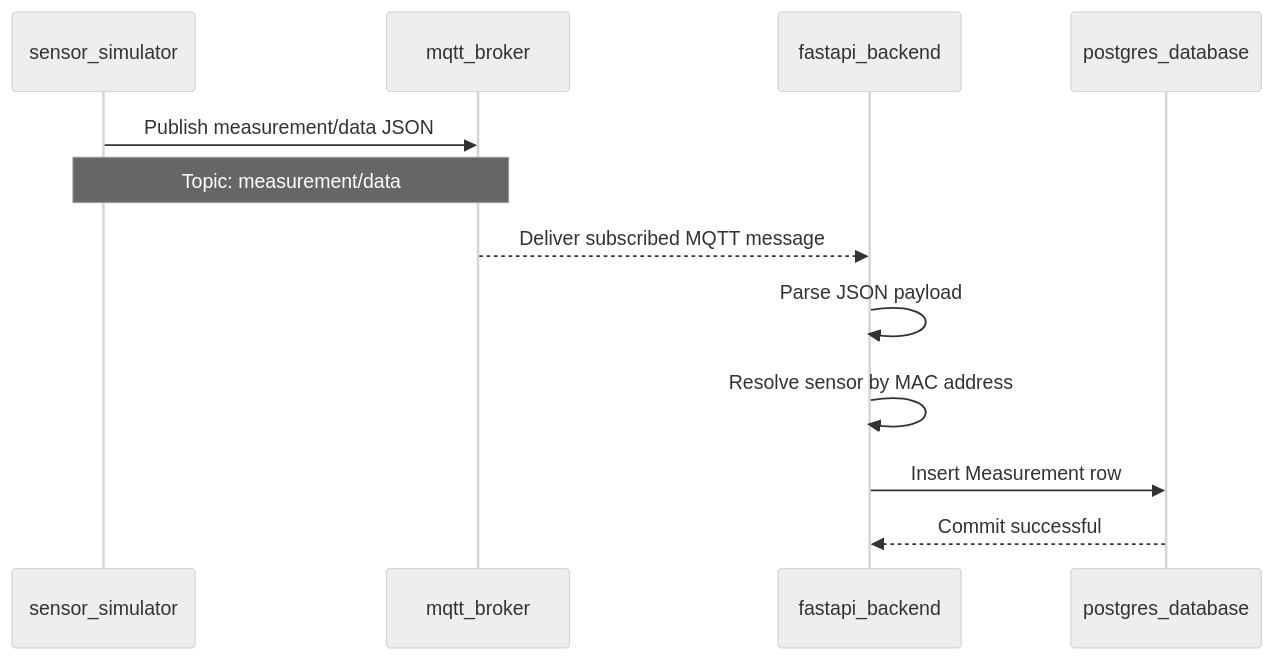
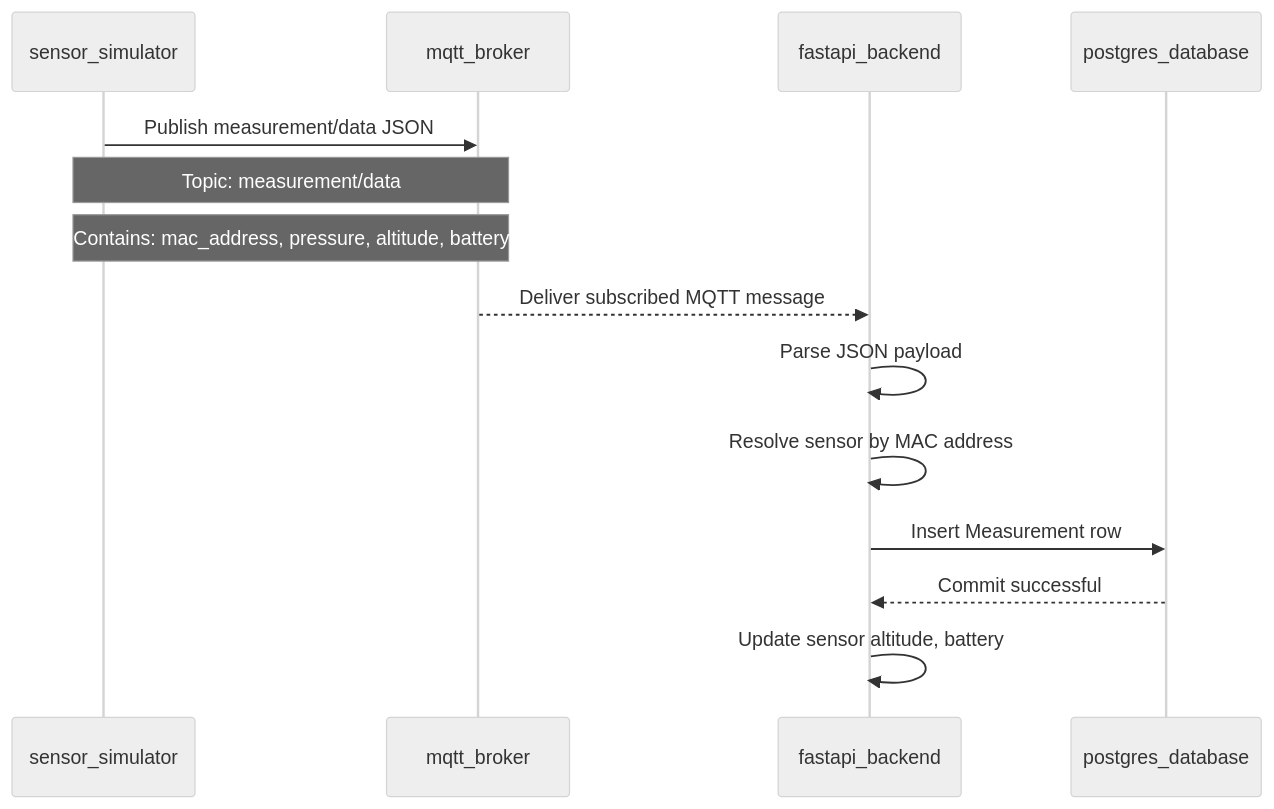
Before and after one commit to pArcill/drucklogger: the second of 3 diagrams in docs/uml-sequence-diagram.md, drawn with Mermaid (neutral theme). The commit also changed other lines of this file and 17 other files, not shown here.

````diff
--- a/docs/uml-sequence-diagram.md
+++ b/docs/uml-sequence-diagram.md
@@ -5,15 +37,17 @@
 ```mermaid
 sequenceDiagram
     participant Simulator as sensor_simulator
     participant Broker as mqtt_broker
     participant Backend as fastapi_backend
     participant DB as postgres_database
 
     Simulator->>Broker: Publish measurement/data JSON
     Note over Simulator,Broker: Topic: measurement/data
+    Note over Simulator,Broker: Contains: mac_address, pressure, altitude, battery
     Broker-->>Backend: Deliver subscribed MQTT message
     Backend->>Backend: Parse JSON payload
     Backend->>Backend: Resolve sensor by MAC address
     Backend->>DB: Insert Measurement row
     DB-->>Backend: Commit successful
+    Backend->>Backend: Update sensor altitude, battery
 ```
````
